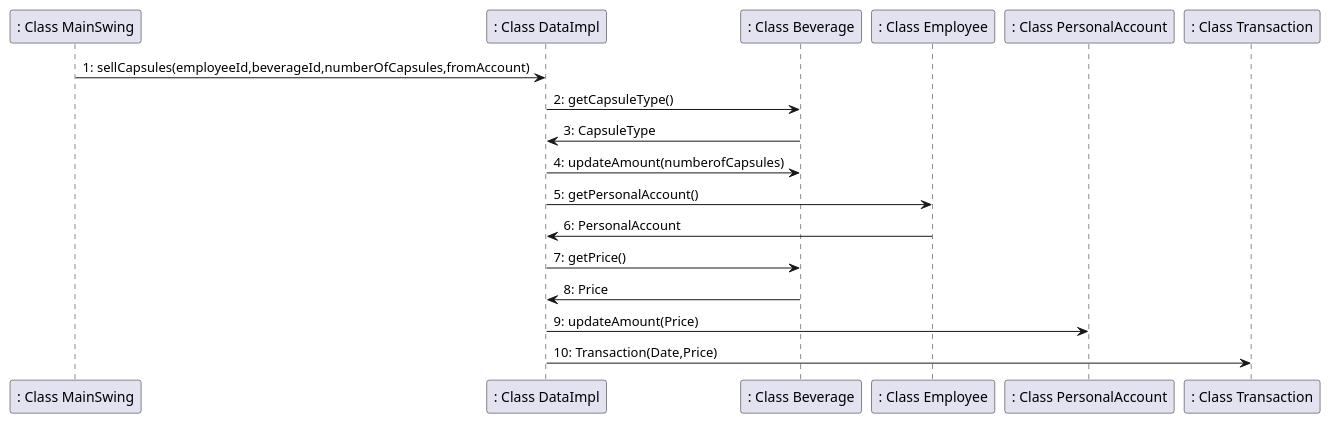
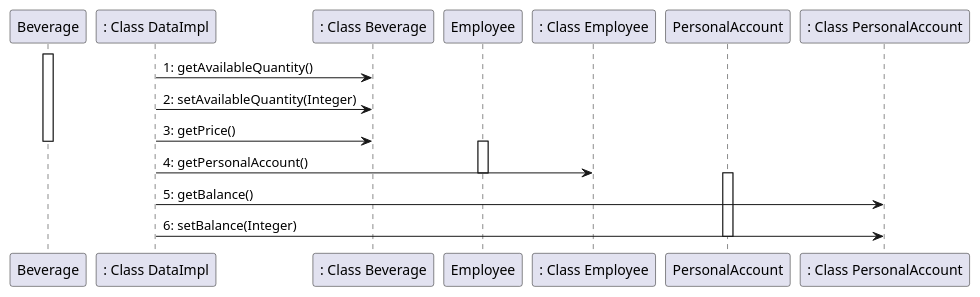
The sixth of 7 diagrams in templates/DesignDocumentTemplate.md (salvatore-dimartino/LaTazza), drawn with PlantUML before and after one commit.

````diff
--- a/templates/DesignDocumentTemplate.md
+++ b/templates/DesignDocumentTemplate.md
@@ -438,12 +438,14 @@
 ```plantuml
-": Class MainSwing" -> ": Class DataImpl": 1: sellCapsules(employeeId,beverageId,numberOfCapsules,fromAccount)
-": Class DataImpl" -> ": Class Beverage": 2: getCapsuleType()
-": Class Beverage" -> ": Class DataImpl": 3: CapsuleType
-": Class DataImpl" -> ": Class Beverage": 4: updateAmount(numberofCapsules)
-": Class DataImpl" -> ": Class Employee": 5: getPersonalAccount()
-": Class Employee" -> ": Class DataImpl": 6: PersonalAccount
-": Class DataImpl" -> ": Class Beverage": 7: getPrice()
-": Class Beverage" -> ": Class DataImpl": 8: Price
-": Class DataImpl" -> ": Class PersonalAccount": 9: updateAmount(Price)
-": Class DataImpl" -> ": Class Transaction": 10: Transaction(Date,Price)
+activate Beverage
+": Class DataImpl" -> ": Class Beverage": 1: getAvailableQuantity()
+": Class DataImpl" -> ": Class Beverage": 2: setAvailableQuantity(Integer)
+": Class DataImpl" -> ": Class Beverage": 3: getPrice()
+deactivate Beverage
+activate Employee
+": Class DataImpl" -> ": Class Employee": 4: getPersonalAccount()
+deactivate Employee
+activate PersonalAccount
+": Class DataImpl" -> ": Class PersonalAccount": 5: getBalance()
+": Class DataImpl" -> ": Class PersonalAccount": 6: setBalance(Integer)
+deactivate PersonalAccount
 ```
````
